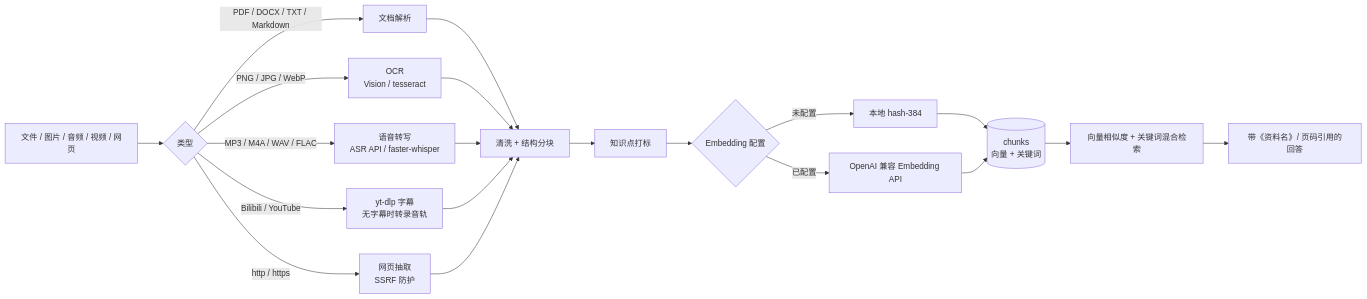
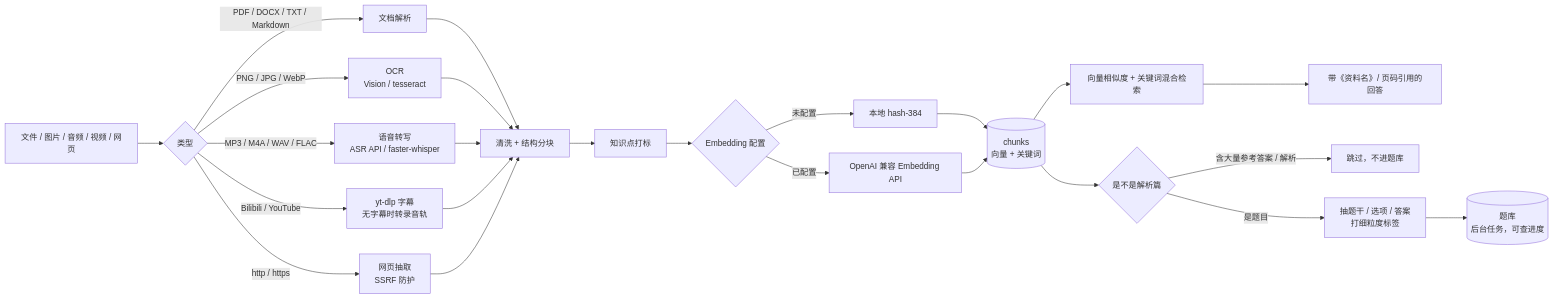
One commit to yijiejiang/kaogong-school changed the diagram in docs/diagrams/ingestion.mmd. Above: the diagram before and after it, drawn with Mermaid. The commit also changed 2 other files, not shown here.

Commit message:
入库流程图补上题目抽取分支

```diff
--- a/docs/diagrams/ingestion.mmd
+++ b/docs/diagrams/ingestion.mmd
@@ -1,15 +1,19 @@
 flowchart LR
   A["文件 / 图片 / 音频 / 视频 / 网页"] --> B{"类型"}
   B -->|PDF / DOCX / TXT / Markdown| C["文档解析"]
   B -->|PNG / JPG / WebP| D["OCR<br/>Vision / tesseract"]
   B -->|MP3 / M4A / WAV / FLAC| E["语音转写<br/>ASR API / faster-whisper"]
   B -->|Bilibili / YouTube| F["yt-dlp 字幕<br/>无字幕时转录音轨"]
   B -->|http / https| G["网页抽取<br/>SSRF 防护"]
   C & D & E & F & G --> H["清洗 + 结构分块"]
   H --> I["知识点打标"]
   I --> J{"Embedding 配置"}
   J -->|未配置| K["本地 hash-384"]
   J -->|已配置| L["OpenAI 兼容 Embedding API"]
   K & L --> M[("chunks<br/>向量 + 关键词")]
   M --> N["向量相似度 + 关键词混合检索"]
   N --> O["带《资料名》/ 页码引用的回答"]
+  M --> Q{"是不是解析篇"}
+  Q -->|含大量参考答案 / 解析| R["跳过，不进题库"]
+  Q -->|是题目| S["抽题干 / 选项 / 答案<br/>打细粒度标签"]
+  S --> T[("题库<br/>后台任务，可查进度")]
```
